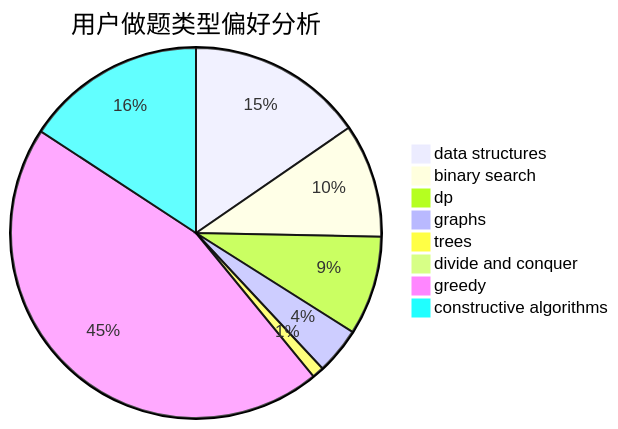
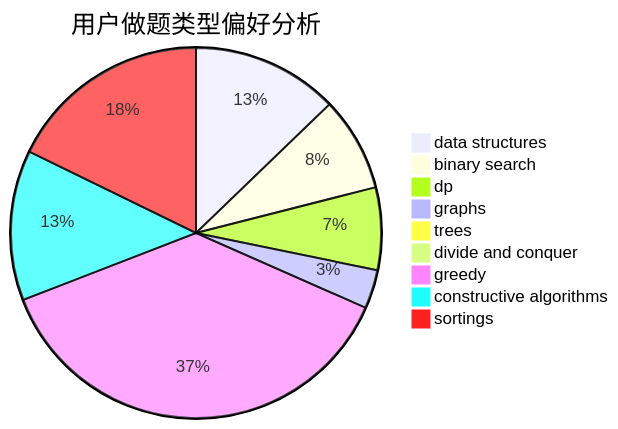
Before and after one commit to sherpahu/cfrs.github.io: the second of 3 diagrams in docs/user/u1052.md, drawn with Mermaid. The commit also changed other lines of this file and 2769 other files, not shown here.

````diff
--- a/docs/user/u1052.md
+++ b/docs/user/u1052.md
@@ -23,11 +18,12 @@
 ```mermaid
 pie title 用户做题类型偏好分析
     "data structures" :  208
     "binary search" :  134
     "dp" :  117
     "graphs" :  55
     "trees" :  14
     "divide and conquer" :  0
     "greedy" :  610
     "constructive algorithms" :  213
+    "sortings" :  289
 ```
````
